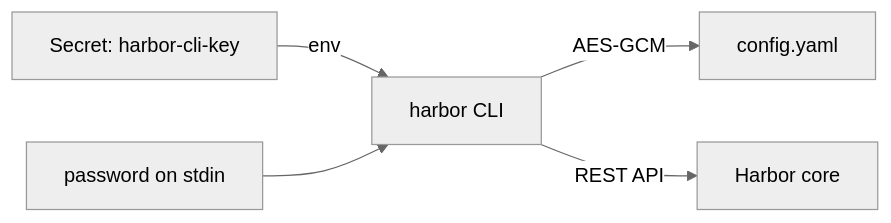
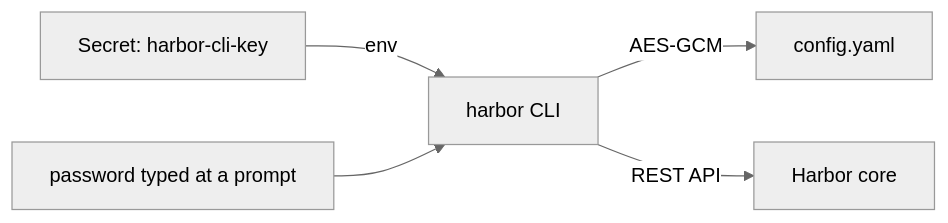
Before and after one commit to astrona-io/ATS104: the diagram in sections/section-010/module-01/course-01-the-cli-in-a-script.md, drawn with Mermaid (neutral theme). The commit also changed other lines of this file and 16 other files, not shown here.

First line of the commit message:
fix: teach signing in once instead of piping into --password-stdin

````diff
--- a/sections/section-010/module-01/course-01-the-cli-in-a-script.md
+++ b/sections/section-010/module-01/course-01-the-cli-in-a-script.md
@@ -37,7 +37,7 @@
 ```mermaid
 flowchart LR
     S["Secret: harbor-cli-key"] -->|"env"| C["harbor CLI"]
-    P["password on stdin"] --> C
+    P["password typed at a prompt"] --> C
     C -->|"AES-GCM"| F["config.yaml"]
     C -->|"REST API"| H["Harbor core"]
 ```
````
